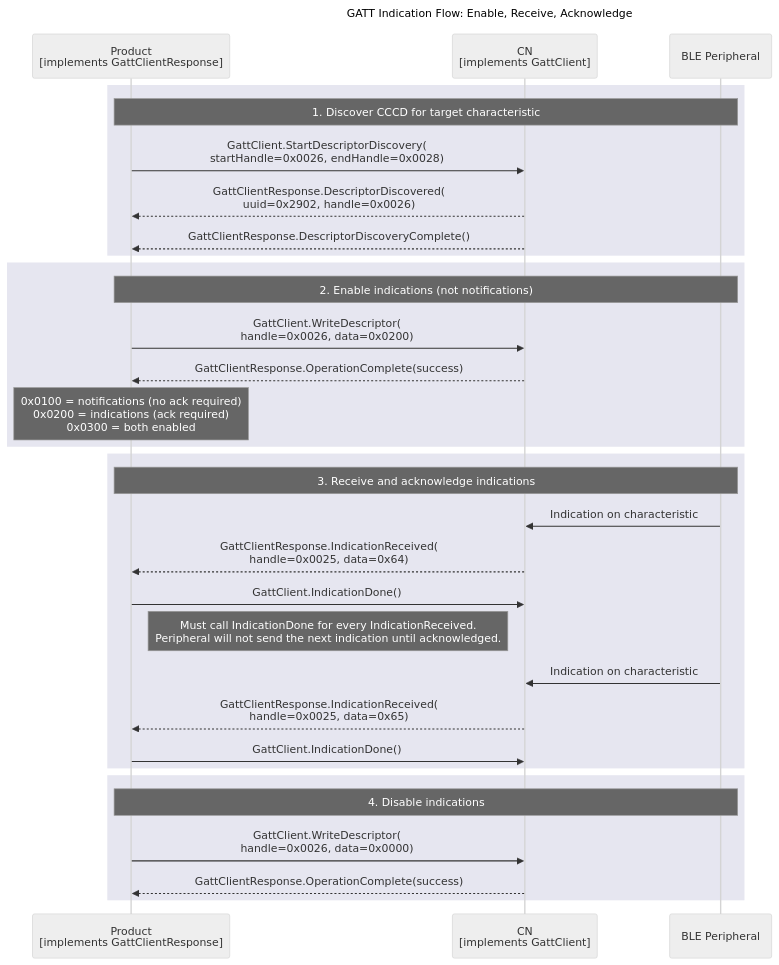
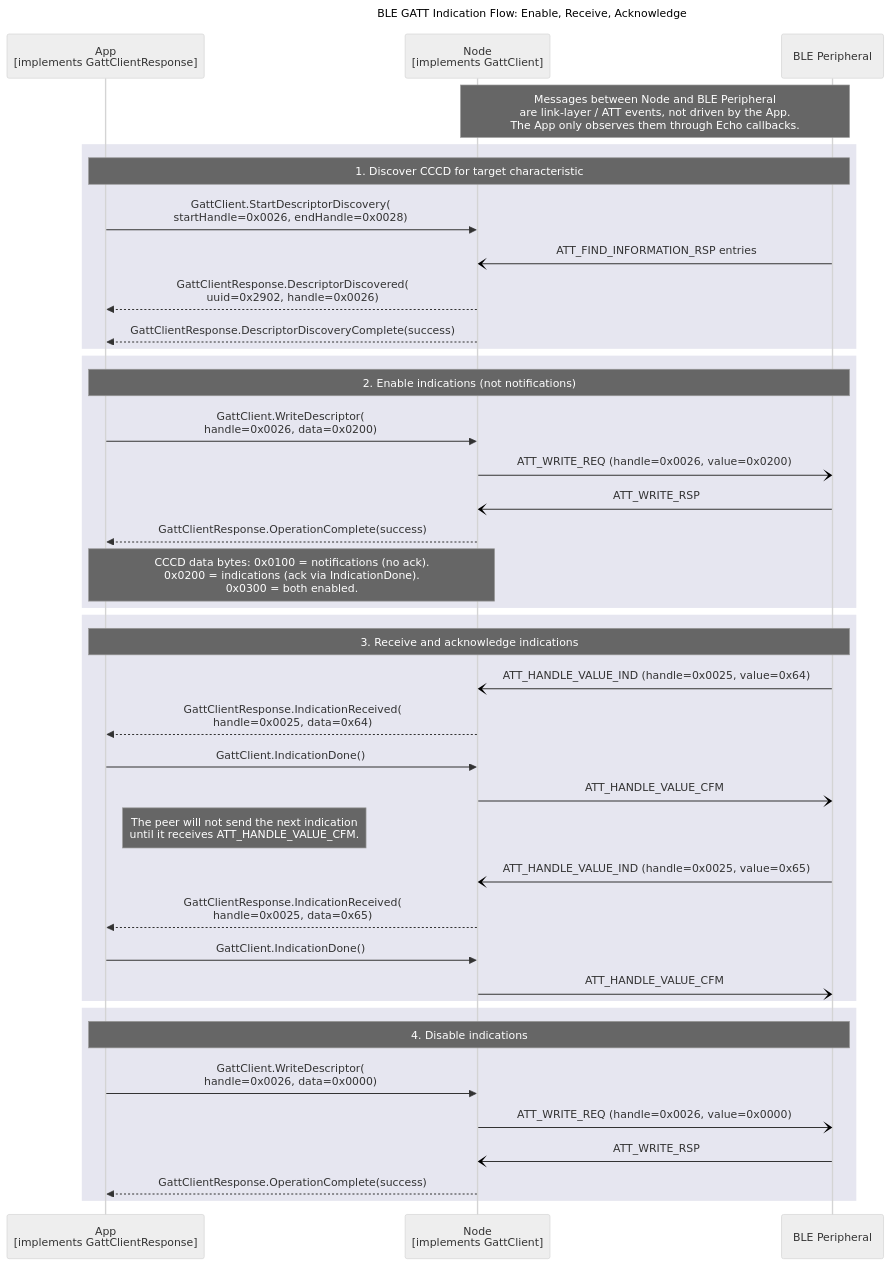
The diagram in documents/modules/ROOT/partials/echoservices/gatt_client/GattClient_IndicationFlow_sequence.mmd (philips-software/amp-embedded-infra-lib), drawn with Mermaid (neutral theme) before and after one commit. The commit also changed 25 other files, not shown here.

Commit message:
align maturity with gap uml diagrams

```diff
--- a/documents/modules/ROOT/partials/echoservices/gatt_client/GattClient_IndicationFlow_sequence.mmd
+++ b/documents/modules/ROOT/partials/echoservices/gatt_client/GattClient_IndicationFlow_sequence.mmd
@@ -1,39 +1,47 @@
 sequenceDiagram
-    title GATT Indication Flow: Enable, Receive, Acknowledge
+    title BLE GATT Indication Flow: Enable, Receive, Acknowledge
 
-    participant Product as Product<br>[implements GattClientResponse]
-    participant CN as CN<br>[implements GattClient]
+    participant App as App<br>[implements GattClientResponse]
+    participant Node as Node<br>[implements GattClient]
     participant Peripheral as BLE Peripheral
 
+    Note over Node, Peripheral: Messages between Node and BLE Peripheral<br>are link-layer / ATT events, not driven by the App.<br>The App only observes them through Echo callbacks.
+
     rect rgb(230, 230, 240)
-        note over Product, Peripheral: 1. Discover CCCD for target characteristic
-        Product->>CN: GattClient.StartDescriptorDiscovery(<br>startHandle=0x0026, endHandle=0x0028)
-        CN-->>Product: GattClientResponse.DescriptorDiscovered(<br>uuid=0x2902, handle=0x0026)
-        CN-->>Product: GattClientResponse.DescriptorDiscoveryComplete()
+        note over App, Peripheral: 1. Discover CCCD for target characteristic
+        App->>Node: GattClient.StartDescriptorDiscovery(<br>startHandle=0x0026, endHandle=0x0028)
+        Peripheral-)Node: ATT_FIND_INFORMATION_RSP entries
+        Node-->>App: GattClientResponse.DescriptorDiscovered(<br>uuid=0x2902, handle=0x0026)
+        Node-->>App: GattClientResponse.DescriptorDiscoveryComplete(success)
     end
 
     rect rgb(230, 230, 240)
-        note over Product, Peripheral: 2. Enable indications (not notifications)
-        Product->>CN: GattClient.WriteDescriptor(<br>handle=0x0026, data=0x0200)
-        CN-->>Product: GattClientResponse.OperationComplete(success)
-
-        note over Product: 0x0100 = notifications (no ack required)<br>0x0200 = indications (ack required)<br>0x0300 = both enabled
+        note over App, Peripheral: 2. Enable indications (not notifications)
+        App->>Node: GattClient.WriteDescriptor(<br>handle=0x0026, data=0x0200)
+        Node-)Peripheral: ATT_WRITE_REQ (handle=0x0026, value=0x0200)
+        Peripheral-)Node: ATT_WRITE_RSP
+        Node-->>App: GattClientResponse.OperationComplete(success)
+        note over App, Node: CCCD data bytes: 0x0100 = notifications (no ack).<br>0x0200 = indications (ack via IndicationDone).<br>0x0300 = both enabled.
     end
 
     rect rgb(230, 230, 240)
-        note over Product, Peripheral: 3. Receive and acknowledge indications
-        Peripheral->>CN: Indication on characteristic
-        CN-->>Product: GattClientResponse.IndicationReceived(<br>handle=0x0025, data=0x64)
-        Product->>CN: GattClient.IndicationDone()
-        Note right of Product: Must call IndicationDone for every IndicationReceived.<br>Peripheral will not send the next indication until acknowledged.
+        note over App, Peripheral: 3. Receive and acknowledge indications
+        Peripheral-)Node: ATT_HANDLE_VALUE_IND (handle=0x0025, value=0x64)
+        Node-->>App: GattClientResponse.IndicationReceived(<br>handle=0x0025, data=0x64)
+        App->>Node: GattClient.IndicationDone()
+        Node-)Peripheral: ATT_HANDLE_VALUE_CFM
+        Note right of App: The peer will not send the next indication<br>until it receives ATT_HANDLE_VALUE_CFM.
 
-        Peripheral->>CN: Indication on characteristic
-        CN-->>Product: GattClientResponse.IndicationReceived(<br>handle=0x0025, data=0x65)
-        Product->>CN: GattClient.IndicationDone()
+        Peripheral-)Node: ATT_HANDLE_VALUE_IND (handle=0x0025, value=0x65)
+        Node-->>App: GattClientResponse.IndicationReceived(<br>handle=0x0025, data=0x65)
+        App->>Node: GattClient.IndicationDone()
+        Node-)Peripheral: ATT_HANDLE_VALUE_CFM
     end
 
     rect rgb(230, 230, 240)
-        note over Product, Peripheral: 4. Disable indications
-        Product->>CN: GattClient.WriteDescriptor(<br>handle=0x0026, data=0x0000)
-        CN-->>Product: GattClientResponse.OperationComplete(success)
+        note over App, Peripheral: 4. Disable indications
+        App->>Node: GattClient.WriteDescriptor(<br>handle=0x0026, data=0x0000)
+        Node-)Peripheral: ATT_WRITE_REQ (handle=0x0026, value=0x0000)
+        Peripheral-)Node: ATT_WRITE_RSP
+        Node-->>App: GattClientResponse.OperationComplete(success)
     end
```
